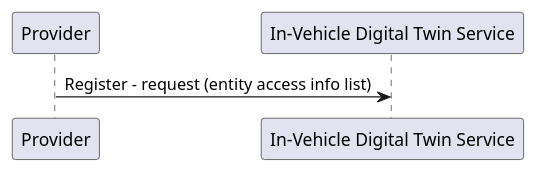
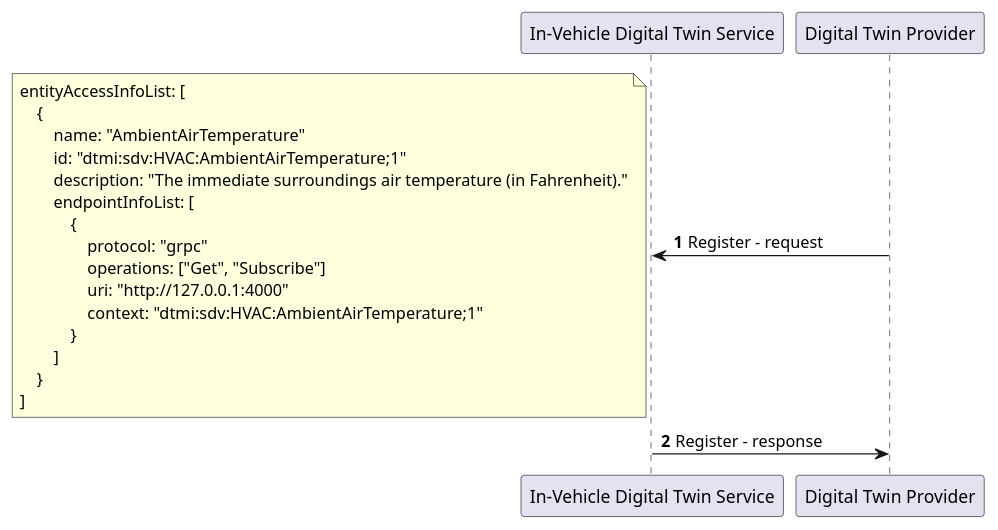
Before and after one commit to eclipse-ibeji/ibeji: the diagram in docs/design/diagrams/register_sequence.puml, drawn with PlantUML. The commit also changed 42 other files, not shown here.

```diff
--- a/docs/design/diagrams/register_sequence.puml
+++ b/docs/design/diagrams/register_sequence.puml
@@ -1,8 +1,26 @@
 @startuml
 
-participant "Provider"
-participant "In-Vehicle Digital Twin Service"
+autonumber
 
-"Provider" -> "In-Vehicle Digital Twin Service" : Register - request (entity access info list)
+"In-Vehicle Digital Twin Service"  <- "Digital Twin Provider" : Register - request
+note left
+entityAccessInfoList: [
+    {
+        name: "AmbientAirTemperature"
+        id: "dtmi:sdv:HVAC:AmbientAirTemperature;1"
+        description: "The immediate surroundings air temperature (in Fahrenheit)."
+        endpointInfoList: [
+            {
+                protocol: "grpc"
+                operations: ["Get", "Subscribe"]
+                uri: "http://127.0.0.1:4000"
+                context: "dtmi:sdv:HVAC:AmbientAirTemperature;1"
+            }
+        ]
+    }
+]
+end note
+
+"In-Vehicle Digital Twin Service" -> "Digital Twin Provider": Register - response
 
 @enduml
```
